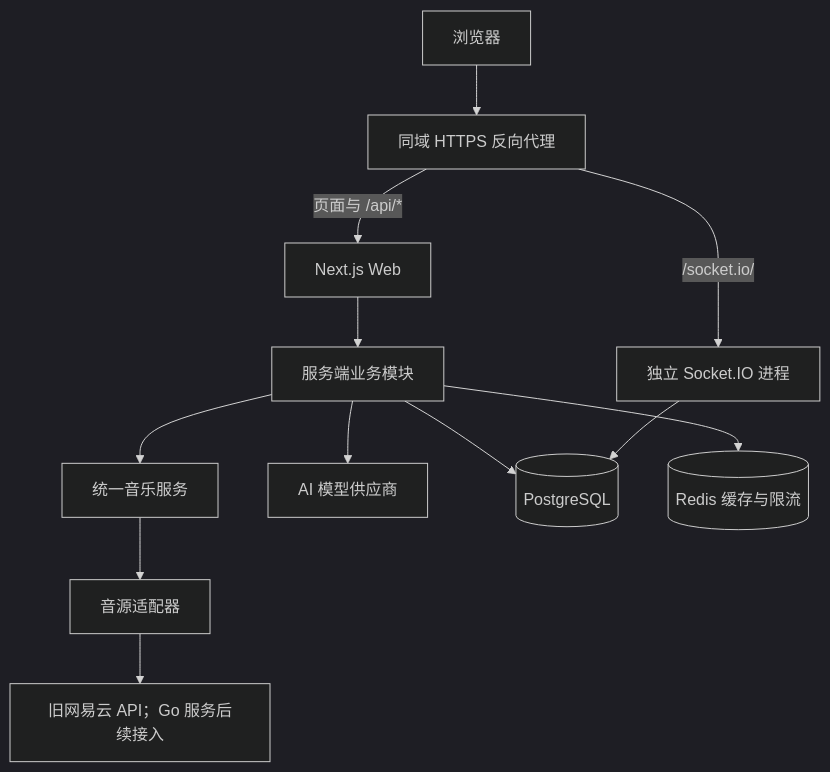
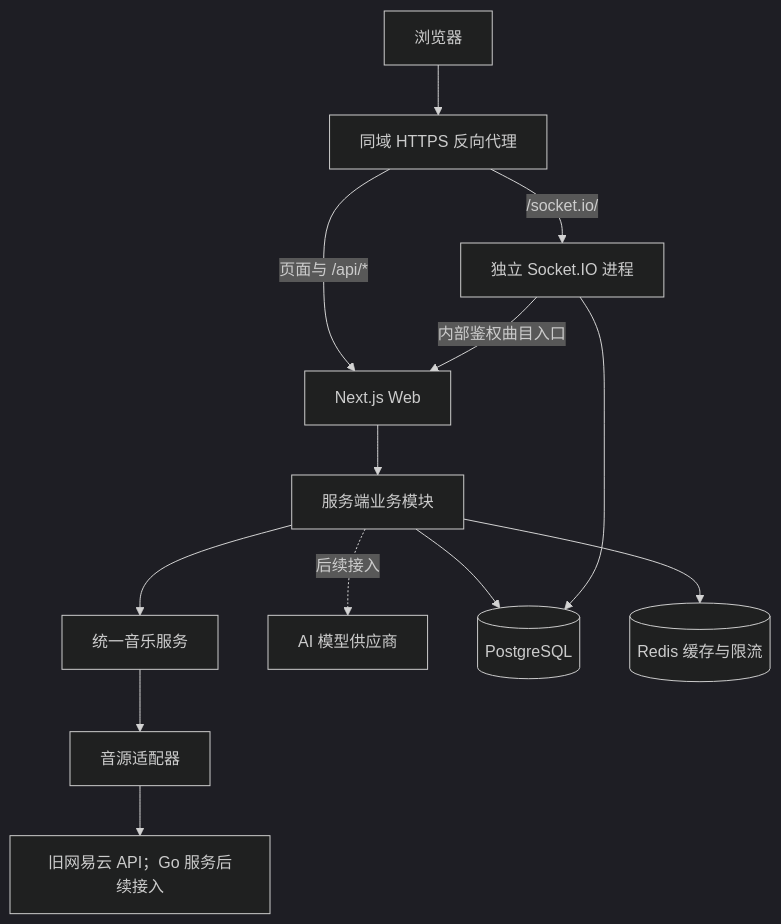
Before and after one commit to NaClzzz/POOL: the first of 2 diagrams in docs/服务端设计.md, drawn with Mermaid (dark theme). The commit also changed other lines of this file and 60 other files, not shown here.

````diff
--- a/docs/服务端设计.md
+++ b/docs/服务端设计.md
@@ -11,14 +11,15 @@
 ```mermaid
 flowchart TD
     Browser[浏览器] --> Entry[同域 HTTPS 反向代理]
     Entry -->|页面与 /api/*| Web[Next.js Web]
     Entry -->|/socket.io/| Socket[独立 Socket.IO 进程]
     Web --> Services[服务端业务模块]
     Services --> Music[统一音乐服务]
     Music --> Adapter[音源适配器]
     Adapter --> Upstream[旧网易云 API；Go 服务后续接入]
-    Services --> Model[AI 模型供应商]
+    Services -. 后续接入 .-> Model[AI 模型供应商]
+    Socket -->|内部鉴权曲目入口| Web
     Services --> DB[(PostgreSQL)]
     Services --> Redis[(Redis 缓存与限流)]
     Socket --> DB
 ```
````
